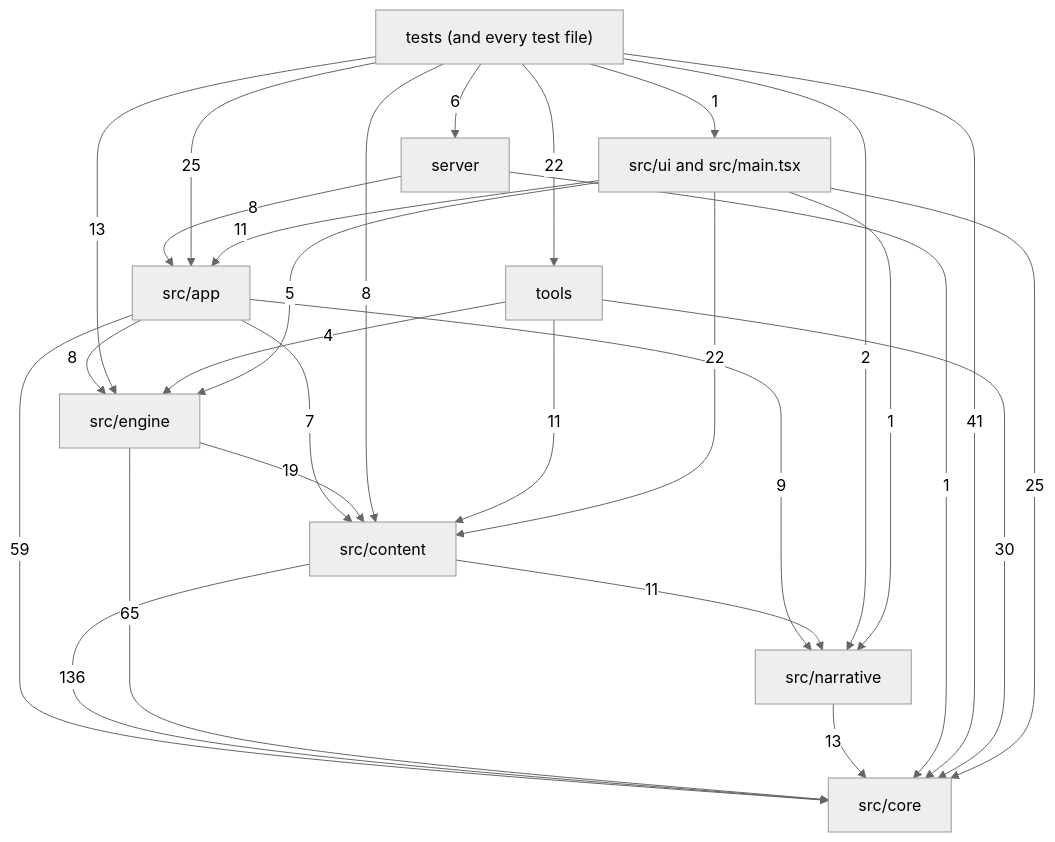
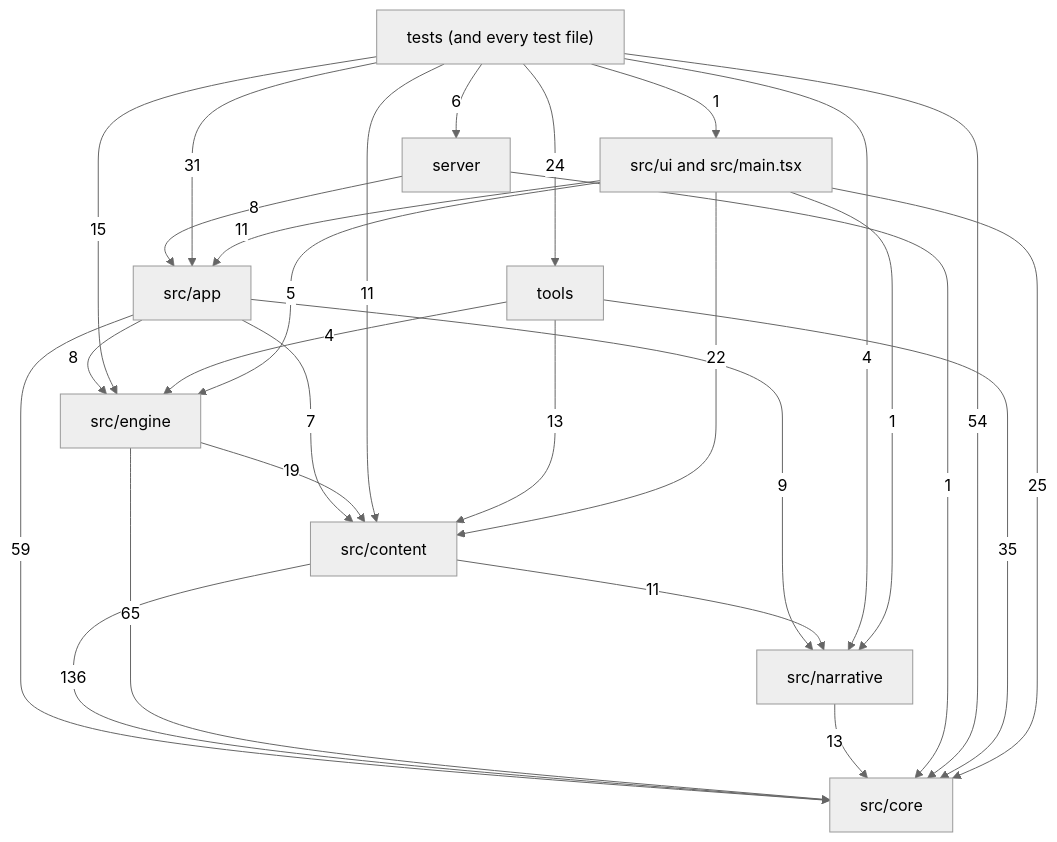
The diagram in docs/reference/code-map/README.md (OrangeB0lt/Cyber-funk), drawn with Mermaid (neutral theme) before and after one commit. The commit also changed other lines of this file and 12 other files, not shown here.

````diff
--- a/docs/reference/code-map/README.md
+++ b/docs/reference/code-map/README.md
@@ -29,39 +29,39 @@
 ```mermaid
 flowchart TD
   core["src/core"]
   narrative["src/narrative"]
   content["src/content"]
   engine["src/engine"]
   app["src/app"]
   ui["src/ui and src/main.tsx"]
   server["server"]
   tools["tools"]
   tests["tests (and every test file)"]
   app -->|7| content
   app -->|59| core
   app -->|8| engine
   app -->|9| narrative
   content -->|136| core
   content -->|11| narrative
   engine -->|19| content
   engine -->|65| core
   narrative -->|13| core
   server -->|8| app
   server -->|1| core
-  tests -->|25| app
-  tests -->|8| content
-  tests -->|41| core
-  tests -->|13| engine
-  tests -->|2| narrative
+  tests -->|31| app
+  tests -->|11| content
+  tests -->|54| core
+  tests -->|15| engine
+  tests -->|4| narrative
   tests -->|6| server
-  tests -->|22| tools
+  tests -->|24| tools
   tests -->|1| ui
-  tools -->|11| content
-  tools -->|30| core
+  tools -->|13| content
+  tools -->|35| core
   tools -->|4| engine
   ui -->|11| app
   ui -->|22| content
   ui -->|25| core
   ui -->|5| engine
   ui -->|1| narrative
 ```
````
